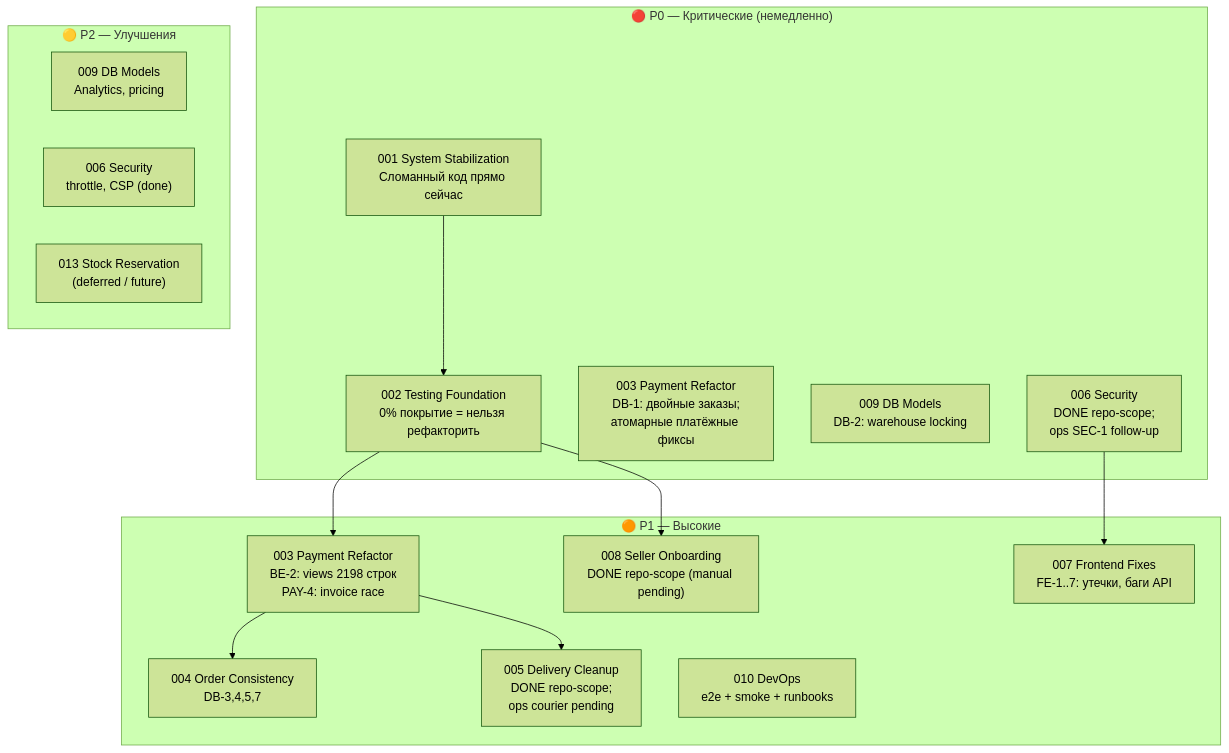
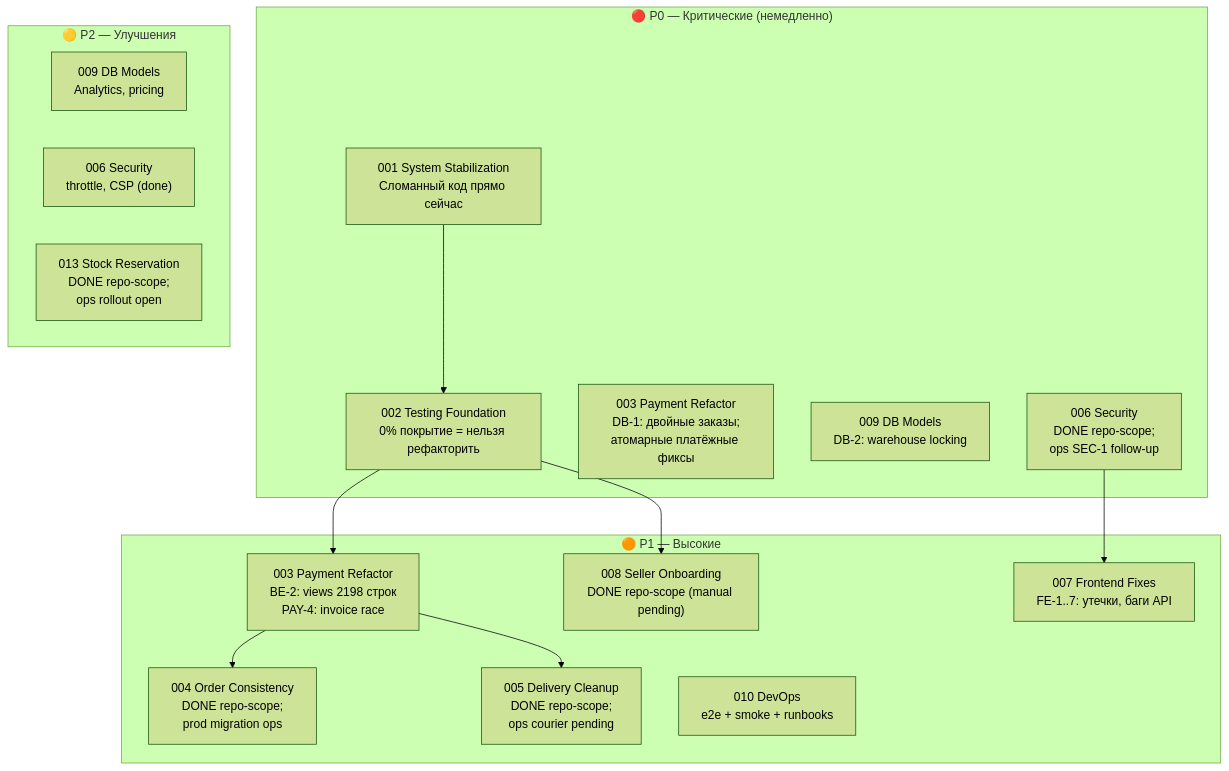
One commit to pavelchamgl/reli.one changed the first of 2 diagrams in docs/tasks/README.md. Above: the diagram before and after it, drawn with Mermaid (forest theme). The commit also changed other lines of this file and 4 other files, not shown here.

Commit message:
docs(tasks): sync stock and order task status

````diff
--- a/docs/tasks/README.md
+++ b/docs/tasks/README.md
@@ -70,32 +70,32 @@
 ```mermaid
 graph TD
     subgraph P0["🔴 P0 — Критические (немедленно)"]
         T001["001 System Stabilization\nСломанный код прямо сейчас"]
         T002["002 Testing Foundation\n0% покрытие = нельзя рефакторить"]
         T003P0["003 Payment Refactor\nDB-1: двойные заказы;\nатомарные платёжные фиксы"]
         T009P0["009 DB Models\nDB-2: warehouse locking"]
         T006P0["006 Security\nDONE repo-scope;\nops SEC-1 follow-up"]
     end
 
     subgraph P1["🟠 P1 — Высокие"]
         T003["003 Payment Refactor\nBE-2: views 2198 строк\nPAY-4: invoice race"]
-        T004["004 Order Consistency\nDB-3,4,5,7"]
+        T004["004 Order Consistency\nDONE repo-scope;\nprod migration ops"]
         T005["005 Delivery Cleanup\nDONE repo-scope;\nops courier pending"]
         T007["007 Frontend Fixes\nFE-1..7: утечки, баги API"]
         T008["008 Seller Onboarding\nDONE repo-scope (manual pending)"]
         T010["010 DevOps\ne2e + smoke + runbooks"]
     end
 
     subgraph P2["🟡 P2 — Улучшения"]
         T009["009 DB Models\nAnalytics, pricing"]
         T006P2["006 Security\nthrottle, CSP (done)"]
-        T013F["013 Stock Reservation\n(deferred / future)"]
+        T013F["013 Stock Reservation\nDONE repo-scope;\nops rollout open"]
     end
 
     T001 --> T002
     T002 --> T003
     T002 --> T008
     T003 --> T004
     T003 --> T005
     T006P0 --> T007
 ```
````
